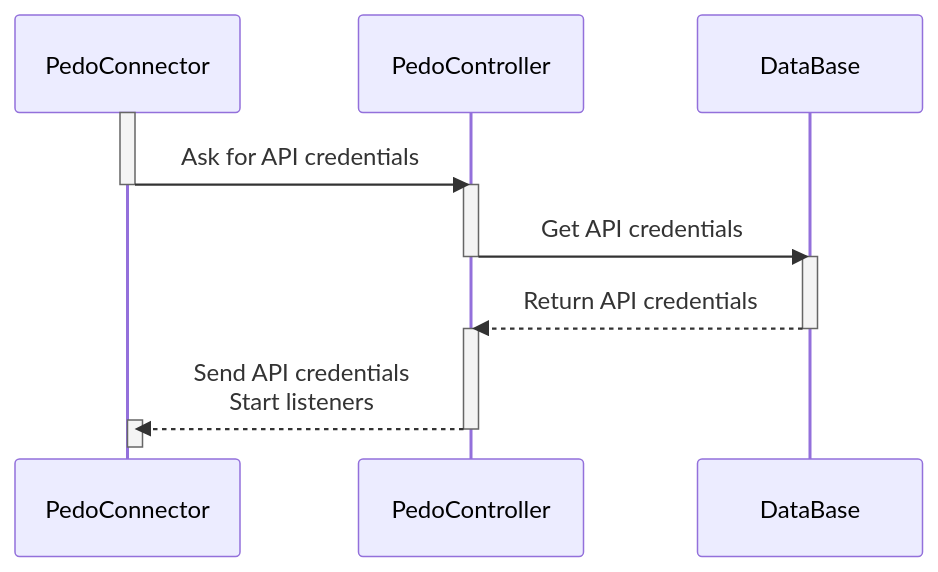
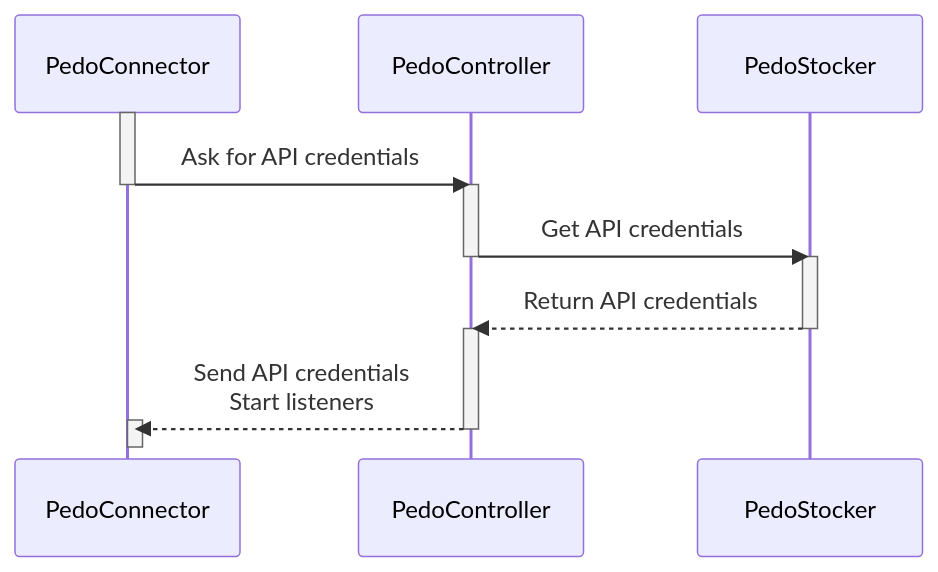
The diagram in PedoConnector/README.md (PedoPot/PedoDoc), drawn with Mermaid before and after one commit. The commit also changed 3 other files, not shown here.

Commit message:
refactor: Renamed Database to PedoStocker

````diff
--- a/PedoConnector/README.md
+++ b/PedoConnector/README.md
@@ -6,17 +6,17 @@
 ```mermaid
 sequenceDiagram
     activate PedoConnector
     PedoConnector->>PedoController: Ask for API credentials
     deactivate PedoConnector
     activate PedoController
-    PedoController->>DataBase: Get API credentials
+    PedoController->>PedoStocker: Get API credentials
     deactivate PedoController
-    activate DataBase
-    DataBase-->>PedoController: Return API credentials
-    deactivate DataBase
+    activate PedoStocker
+    PedoStocker-->>PedoController: Return API credentials
+    deactivate PedoStocker
     activate PedoController
     PedoController-->>+PedoConnector: Send API credentials<br>Start listeners
     deactivate PedoController
     activate PedoConnector
     deactivate PedoConnector
 ```
````
